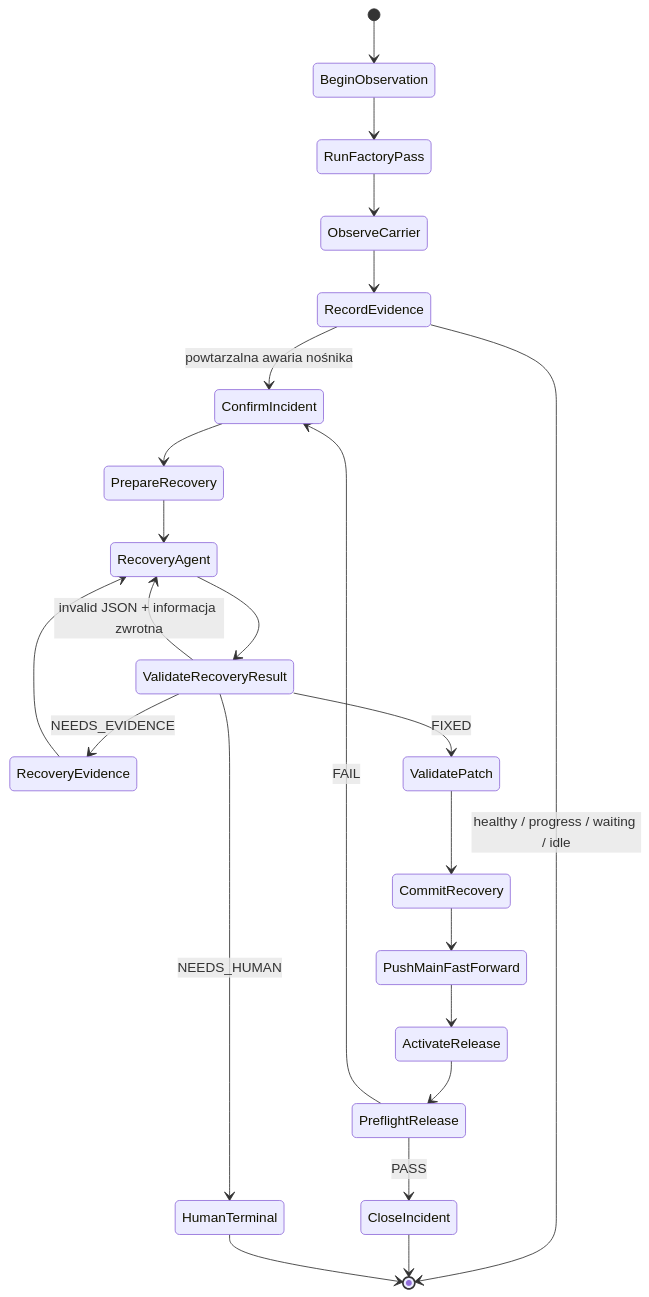
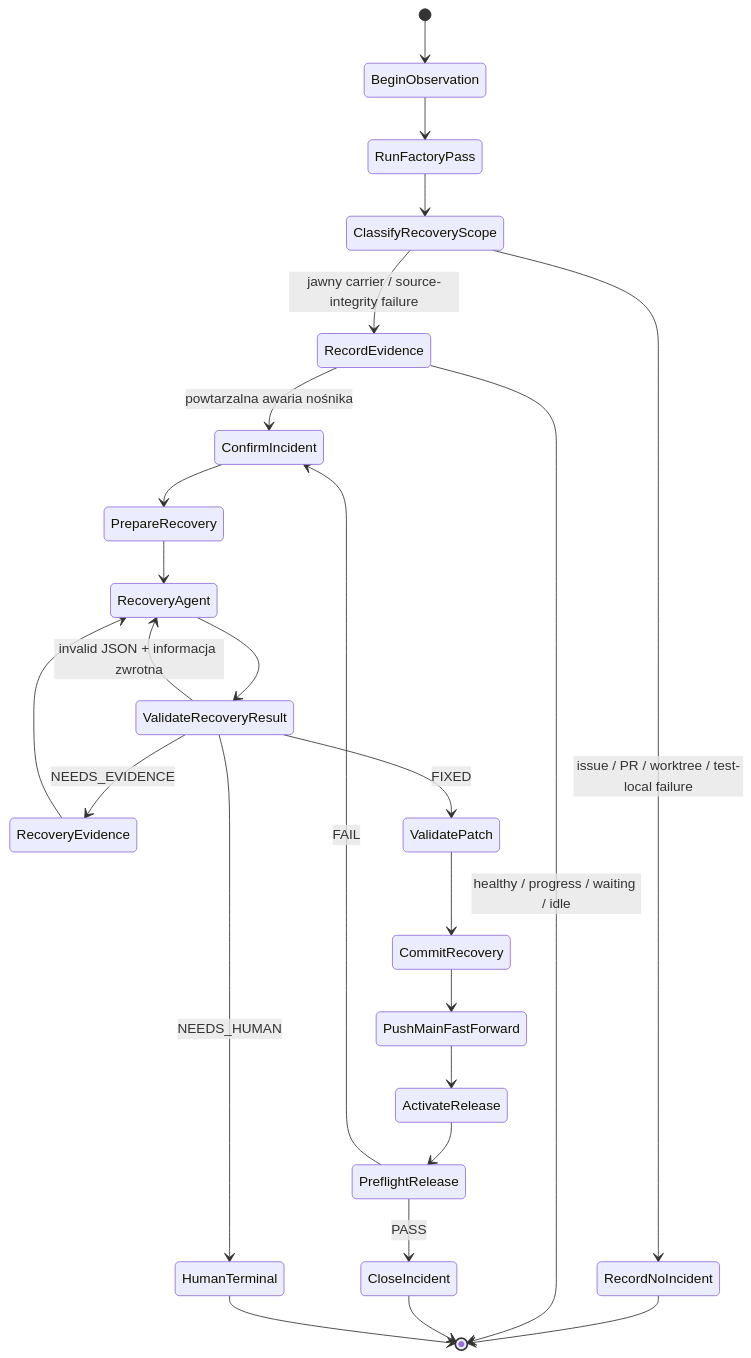
Before and after one commit to mikolaj92/lokay: diagram 39 of 39 in README.md, drawn with Mermaid. The commit also changed other lines of this file, not shown here.

Commit message:
docs: bound global recovery to carrier failures

````diff
--- a/README.md
+++ b/README.md
@@ -1273,25 +1273,27 @@
 ```mermaid
 stateDiagram-v2
     [*] --> BeginObservation
     BeginObservation --> RunFactoryPass
-    RunFactoryPass --> ObserveCarrier
-    ObserveCarrier --> RecordEvidence
+    RunFactoryPass --> ClassifyRecoveryScope
+    ClassifyRecoveryScope --> RecordEvidence: jawny carrier / source-integrity failure
+    ClassifyRecoveryScope --> RecordNoIncident: issue / PR / worktree / test-local failure
+    RecordNoIncident --> [*]
     RecordEvidence --> [*]: healthy / progress / waiting / idle
     RecordEvidence --> ConfirmIncident: powtarzalna awaria nośnika
     ConfirmIncident --> PrepareRecovery
     PrepareRecovery --> RecoveryAgent
     RecoveryAgent --> ValidateRecoveryResult
     ValidateRecoveryResult --> RecoveryAgent: invalid JSON + informacja zwrotna
     ValidateRecoveryResult --> RecoveryEvidence: NEEDS_EVIDENCE
     RecoveryEvidence --> RecoveryAgent
     ValidateRecoveryResult --> ValidatePatch: FIXED
     ValidateRecoveryResult --> HumanTerminal: NEEDS_HUMAN
     ValidatePatch --> CommitRecovery
     CommitRecovery --> PushMainFastForward
     PushMainFastForward --> ActivateRelease
     ActivateRelease --> PreflightRelease
     PreflightRelease --> CloseIncident: PASS
     PreflightRelease --> ConfirmIncident: FAIL
     CloseIncident --> [*]
     HumanTerminal --> [*]
 ```
````
